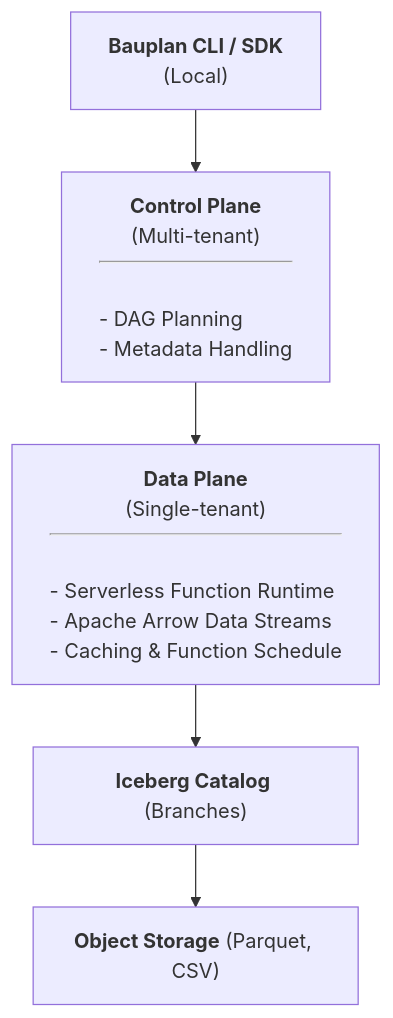
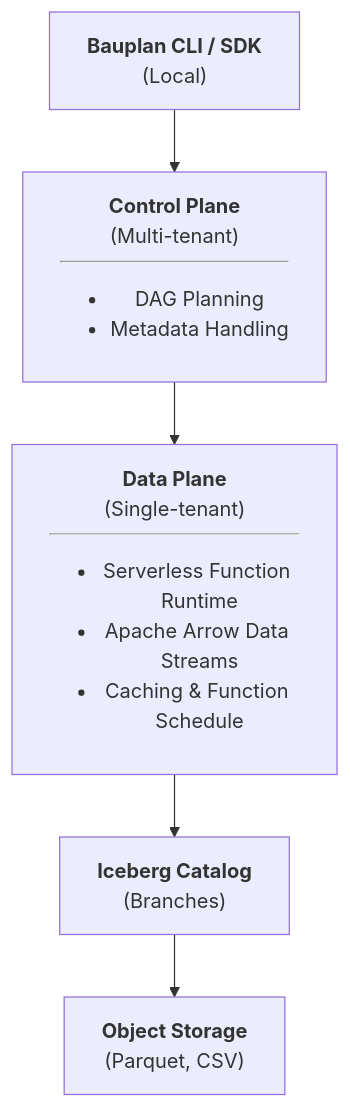
One commit to BauplanLabs/bauplan changed the diagram in docs/pages/overview/architecture.mdx. Above: the diagram before and after it, drawn with Mermaid. The commit also changed other lines of this file and 12 other files, not shown here.

First line of the commit message:
docs: give Mermaid diagrams one shared style

````diff
--- a/docs/pages/overview/architecture.mdx
+++ b/docs/pages/overview/architecture.mdx
@@ -63,29 +61,10 @@
 ```mermaid
-flowchart TD
-    A["<b>Bauplan CLI / SDK</b></br>(Local)"]
-    B["
-        <b>Control Plane</b>
-        (Multi-tenant)
-        <hr class='mermaid' />
-        <div style='text-align:left;'> - DAG Planning
-        - Metadata Handling
-        </div>
-    "]
-    C["
-        <b>Data Plane</b>
-        (Single-tenant)
-        <hr class='mermaid' />
-        <div style='text-align:left; margin-top:0px;'> - Serverless Function Runtime
-        - Apache Arrow Data Streams
-        - Caching & Function Schedule
-        </div>
-    "]
-    D["<b>Iceberg Catalog</b> (Branches)"]
-    E["<b>Object Storage</b> (Parquet, CSV)"]
+flowchart TB
+    A["<b>Bauplan CLI / SDK</b><br/>(Local)"]
+    B["<b>Control Plane</b><br/>(Multi-tenant)<hr/><ul><li>DAG Planning</li><li>Metadata Handling</li></ul>"]:::accent
+    C["<b>Data Plane</b><br/>(Single-tenant)<hr/><ul><li>Serverless Function Runtime</li><li>Apache Arrow Data Streams</li><li>Caching & Function Schedule</li></ul>"]:::accent
+    D["<b>Iceberg Catalog</b><br/>(Branches)"]:::accent
+    E["<b>Object Storage</b><br/>(Parquet, CSV)"]:::external
 
     A --> B --> C --> D --> E
-
-    class C wide
-    classDef wide white-space:nowrap
-
 ```
````
